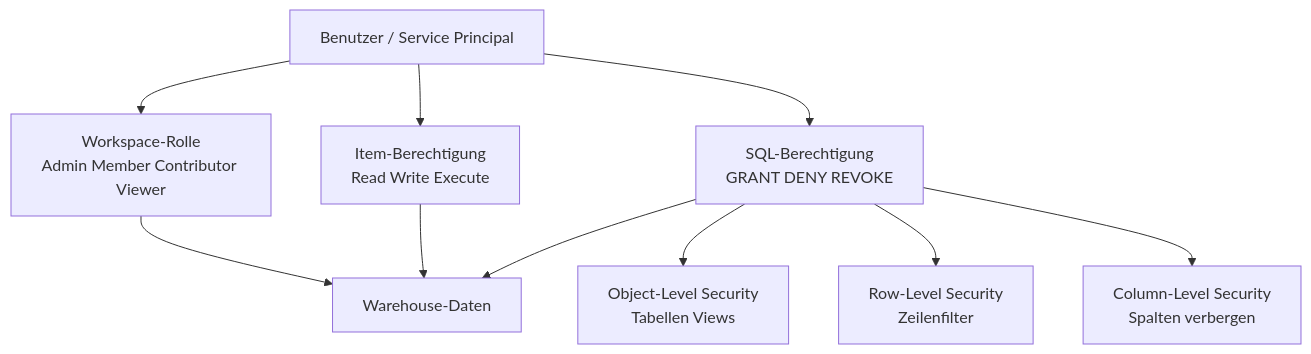
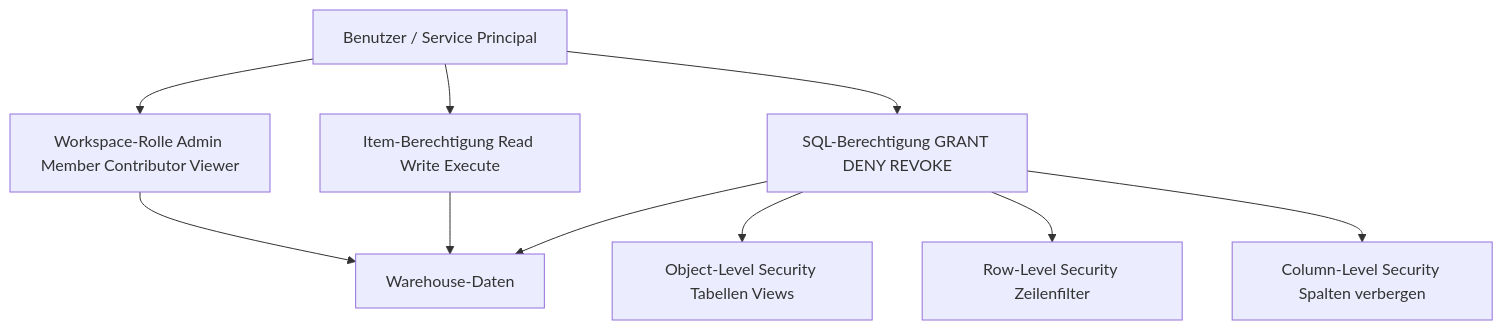
One commit to SoniiiT/notes-n-docs changed the second of 3 diagrams in Microsoft 365/Azure/Fabric/Fabric Data Warehouse.md. Above: the diagram before and after it, drawn with Mermaid. The commit also changed other lines of this file and 124 other files, not shown here.

First line of the commit message:
fix: Entferne \n aus allen Mermaid-Diagrammen (125 Dateien)

````diff
--- a/Microsoft 365/Azure/Fabric/Fabric Data Warehouse.md
+++ b/Microsoft 365/Azure/Fabric/Fabric Data Warehouse.md
@@ -211,15 +211,15 @@
 ```mermaid
 graph TD
     USER[Benutzer / Service Principal]
-    USER --> WS[Workspace-Rolle\nAdmin Member Contributor Viewer]
-    USER --> ITEM[Item-Berechtigung\nRead Write Execute]
-    USER --> SQL[SQL-Berechtigung\nGRANT DENY REVOKE]
+    USER --> WS[Workspace-Rolle Admin Member Contributor Viewer]
+    USER --> ITEM[Item-Berechtigung Read Write Execute]
+    USER --> SQL[SQL-Berechtigung GRANT DENY REVOKE]
     
     WS --> DATA[Warehouse-Daten]
     ITEM --> DATA
     SQL --> DATA
     
-    SQL --> OLS[Object-Level Security\nTabellen Views]
-    SQL --> RLS[Row-Level Security\nZeilenfilter]
-    SQL --> CLS[Column-Level Security\nSpalten verbergen]
+    SQL --> OLS[Object-Level Security Tabellen Views]
+    SQL --> RLS[Row-Level Security Zeilenfilter]
+    SQL --> CLS[Column-Level Security Spalten verbergen]
 ```
````
